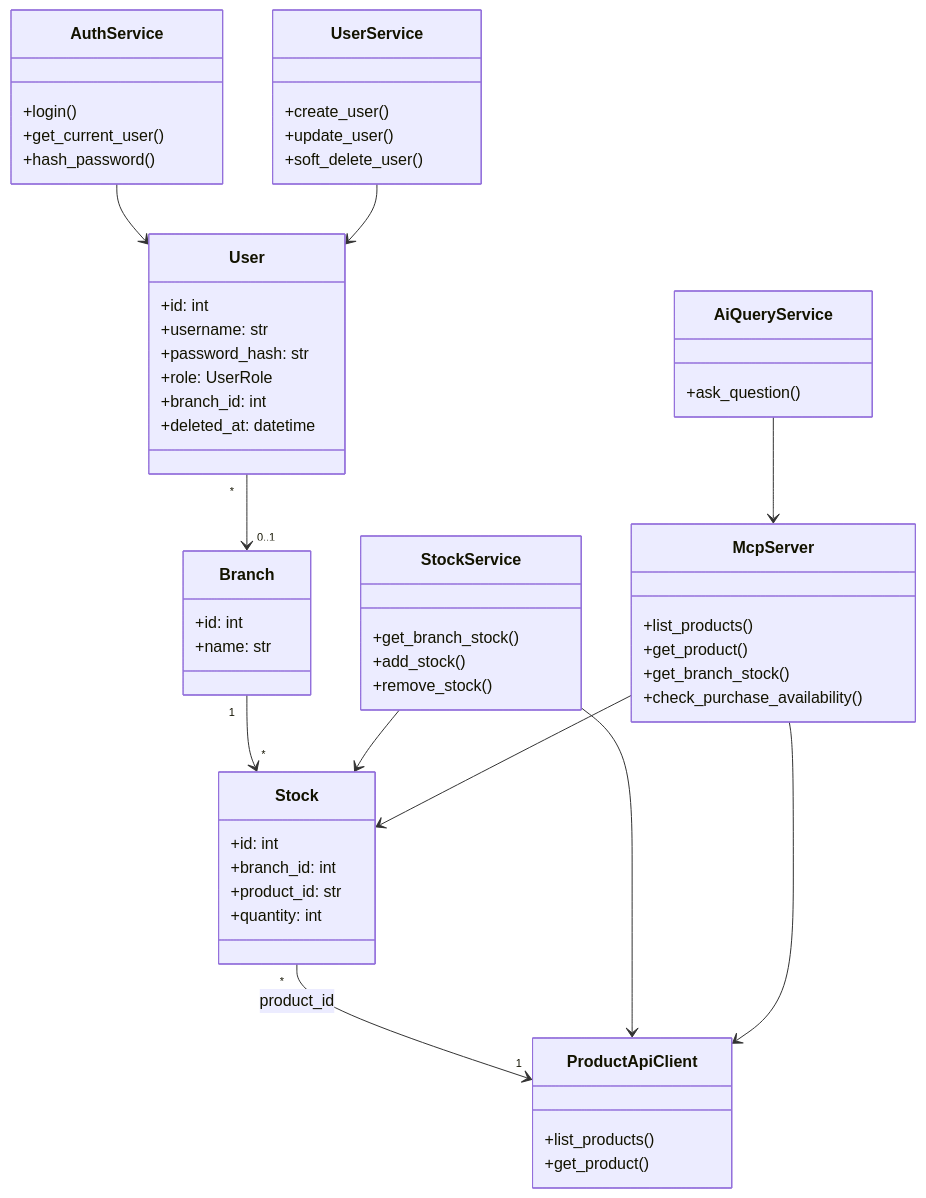
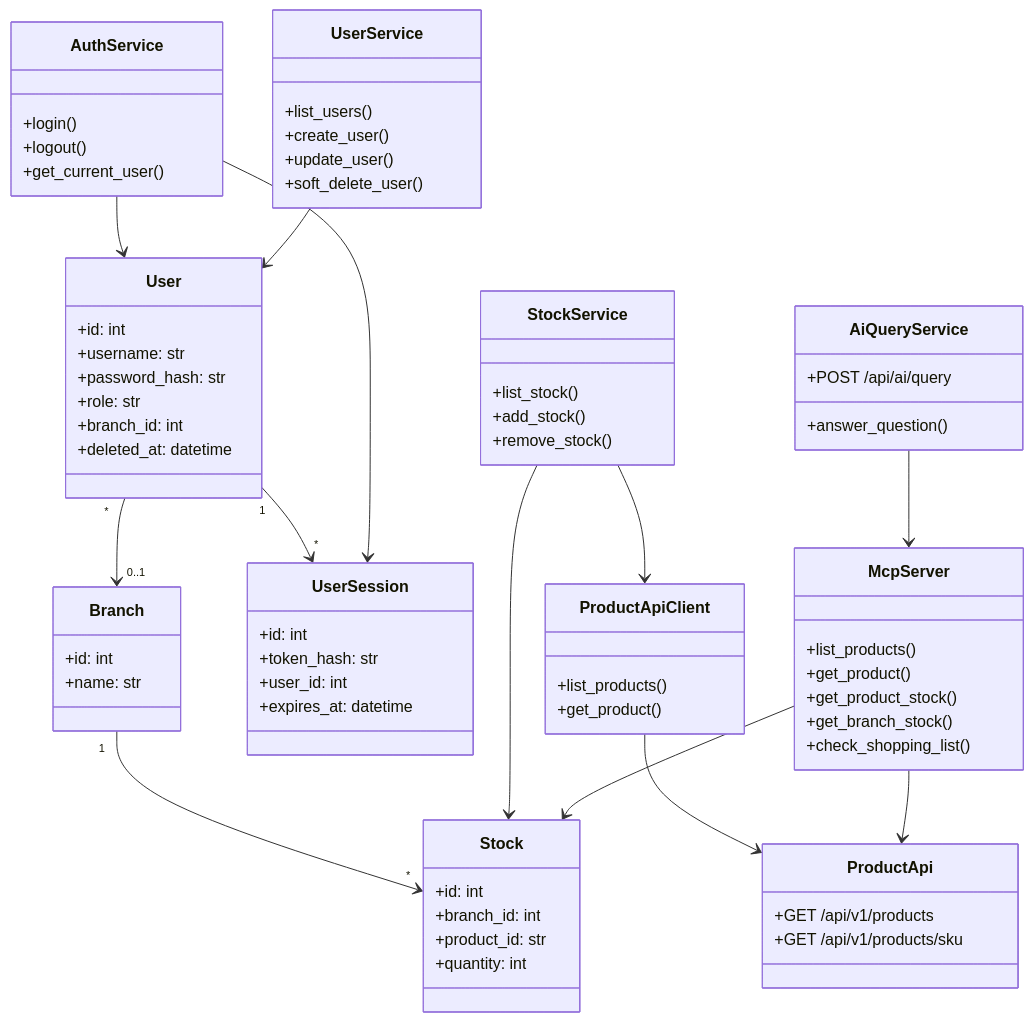
Before and after one commit to The-TO/HBntory_T_T_D: the second of 2 diagrams in docs/architecture.md, drawn with Mermaid. The commit also changed other lines of this file and 2 other files, not shown here.

Commit message:
FEAT: add AI Query Service documentation with supported questions, error handling, and endpoint details; update architecture and MCP server descriptions

````diff
--- a/docs/architecture.md
+++ b/docs/architecture.md
@@ -76,7 +81,7 @@
         +id: int
         +username: str
         +password_hash: str
-        +role: UserRole
+        +role: str
         +branch_id: int
         +deleted_at: datetime
     }
@@ -93,19 +98,27 @@
         +quantity: int
     }
 
+    class UserSession {
+        +id: int
+        +token_hash: str
+        +user_id: int
+        +expires_at: datetime
+    }
+
     class AuthService {
         +login()
+        +logout()
         +get_current_user()
-        +hash_password()
     }
 
     class StockService {
-        +get_branch_stock()
+        +list_stock()
         +add_stock()
         +remove_stock()
     }
 
     class UserService {
+        +list_users()
         +create_user()
         +update_user()
         +soft_delete_user()
@@ -116,26 +129,35 @@
         +get_product()
     }
 
+    class ProductApi {
+        +GET /api/v1/products
+        +GET /api/v1/products/sku
+    }
+
     class McpServer {
         +list_products()
         +get_product()
+        +get_product_stock()
         +get_branch_stock()
-        +check_purchase_availability()
+        +check_shopping_list()
     }
 
     class AiQueryService {
-        +ask_question()
+        +POST /api/ai/query
+        +answer_question()
     }
 
     User "*" --> "0..1" Branch
     Branch "1" --> "*" Stock
-    Stock "*" --> "1" ProductApiClient : product_id
+    User "1" --> "*" UserSession
 
     AuthService --> User
+    AuthService --> UserSession
     UserService --> User
     StockService --> Stock
     StockService --> ProductApiClient
-    McpServer --> ProductApiClient
+    ProductApiClient --> ProductApi
+    McpServer --> ProductApi
     McpServer --> Stock
     AiQueryService --> McpServer
 ```
````
